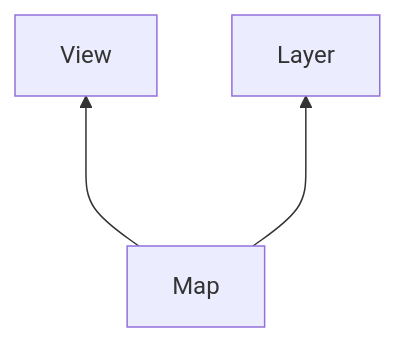
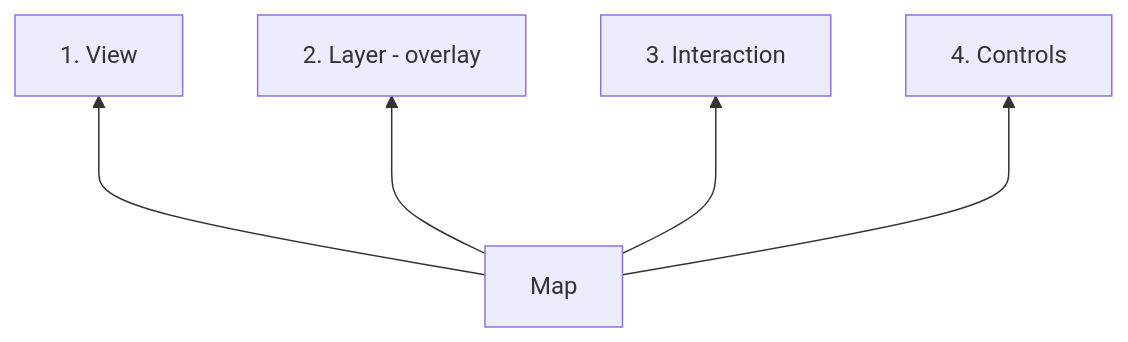
Before and after one commit to Aixufey/KS2100-GIS: the diagram in README.md, drawn with Mermaid. The commit also changed other lines of this file, not shown here.

````diff
--- a/README.md
+++ b/README.md
@@ -8,8 +14,12 @@
 ```mermaid
 flowchart BT
 A[Map]
-B[View]
-C[Layer]
+B[1. View]
+C[2. Layer - overlay]
+D[3. Interaction]
+E[4. Controls]
 A--->B
 A--->C
+A--->D
+A--->E
 ```
````
